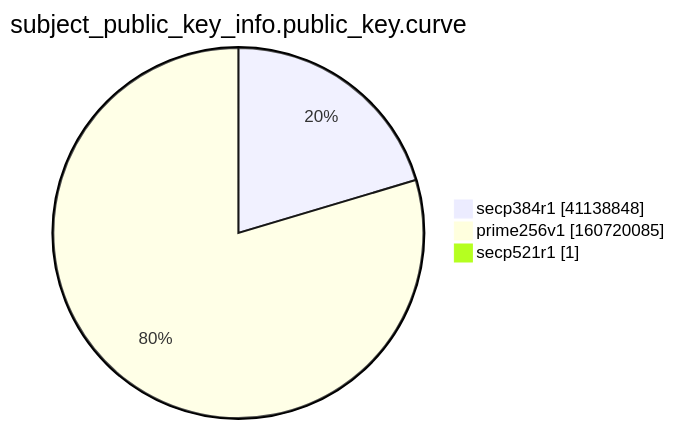
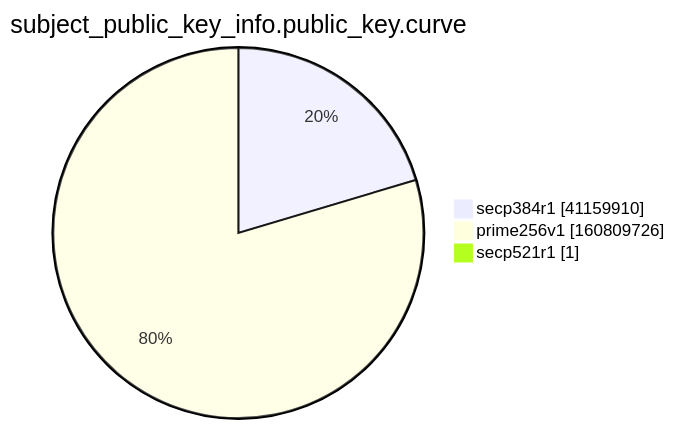
Before and after one commit to christiankrug/ctmonitor_visualization: the ninth of 15 diagrams in xenon2022/README.md, drawn with Mermaid. The commit also changed other lines of this file, not shown here.

````diff
--- a/xenon2022/README.md
+++ b/xenon2022/README.md
@@ -2868,7 +2868,7 @@
 ```mermaid
 pie showData
 title subject_public_key_info.public_key.curve
-"secp384r1" :41138848
-"prime256v1" :160720085
+"secp384r1" :41159910
+"prime256v1" :160809726
 "secp521r1" :1
 ```
````
